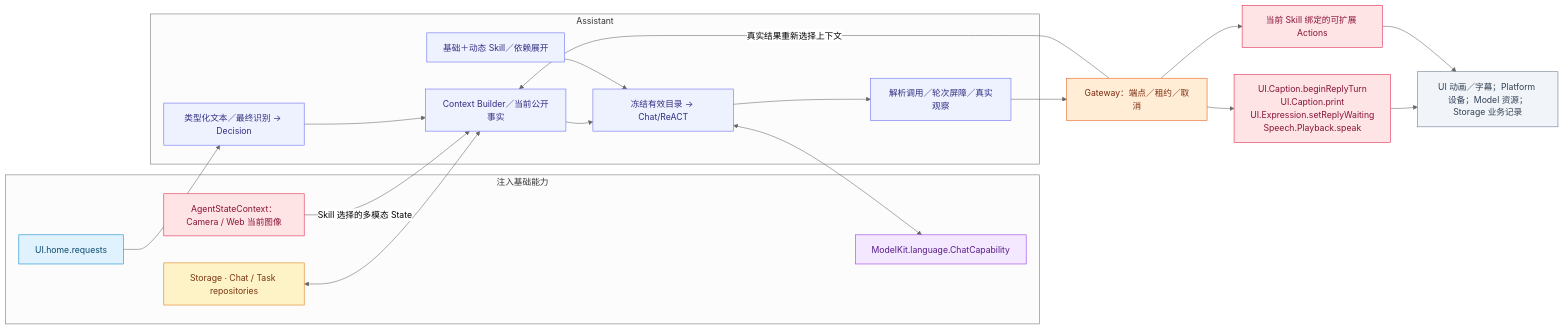
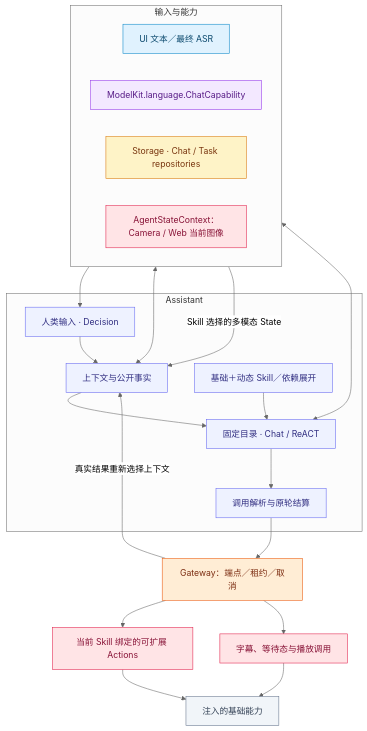
One commit to devilyouwei/MobileHarness changed the second of 3 diagrams in MobileHarness/Agents/Assistant/README.md. Above: the diagram before and after it, drawn with Mermaid (neutral theme). The commit also changed other lines of this file and 115 other files, not shown here.

````diff
--- a/MobileHarness/Agents/Assistant/README.md
+++ b/MobileHarness/Agents/Assistant/README.md
@@ -80,35 +80,36 @@
 ```mermaid
-flowchart LR
- subgraph Injected["注入基础能力"]
- U["UI.home.requests"]:::ui
+flowchart TB
+ subgraph Injected["输入与能力"]
+ direction LR
+ U["UI 文本／最终 ASR"]:::ui
  M["ModelKit.language.ChatCapability"]:::model
  S["Storage · Chat / Task repositories"]:::storage
  RD["AgentStateContext：Camera / Web 当前图像"]:::action
  end
  subgraph Owned["Assistant"]
- I["类型化文本／最终识别 → Decision"]:::agent
- C["Context Builder／当前公开事实"]:::agent
+ I["人类输入 · Decision"]:::agent
+ C["上下文与公开事实"]:::agent
  K["基础＋动态 Skill／依赖展开"]:::agent
- D["冻结有效目录 → Chat/ReACT"]:::agent
- O["解析调用／轮次屏障／真实观察"]:::agent
+ D["固定目录 · Chat / ReACT"]:::agent
+ O["调用解析与原轮结算"]:::agent
  end
  U --> I --> C --> D --> O
  S <--> C
  K --> D
  D <--> M
  RD -->|"Skill 选择的多模态 State"| C
  O --> G["Gateway：端点／租约／取消"]:::gateway
  G --> X["当前 Skill 绑定的可扩展 Actions"]:::action
- G --> PR["UI.Caption.beginReplyTurn<br/>UI.Caption.print<br/>UI.Expression.setReplyWaiting<br/>Speech.Playback.speak"]:::action
+ G --> PR["字幕、等待态与播放调用"]:::action
  PR --> F
- X --> F["UI 动画／字幕；Platform 设备；Model 资源；Storage 业务记录"]:::host
+ X --> F["注入的基础能力"]:::host
  G -->|"真实结果重新选择上下文"| C
  classDef ui fill:#e0f2fe,stroke:#0284c7,color:#0c4a6e
  classDef platform fill:#dcfce7,stroke:#16a34a,color:#14532d
  classDef model fill:#f3e8ff,stroke:#9333ea,color:#581c87
  classDef storage fill:#fef3c7,stroke:#d97706,color:#78350f
  classDef agent fill:#eef2ff,stroke:#6366f1,color:#312e81
  classDef gateway fill:#ffedd5,stroke:#ea580c,color:#7c2d12
  classDef action fill:#ffe4e6,stroke:#e11d48,color:#881337
  classDef host fill:#f1f5f9,stroke:#64748b,color:#334155
 ```
````
